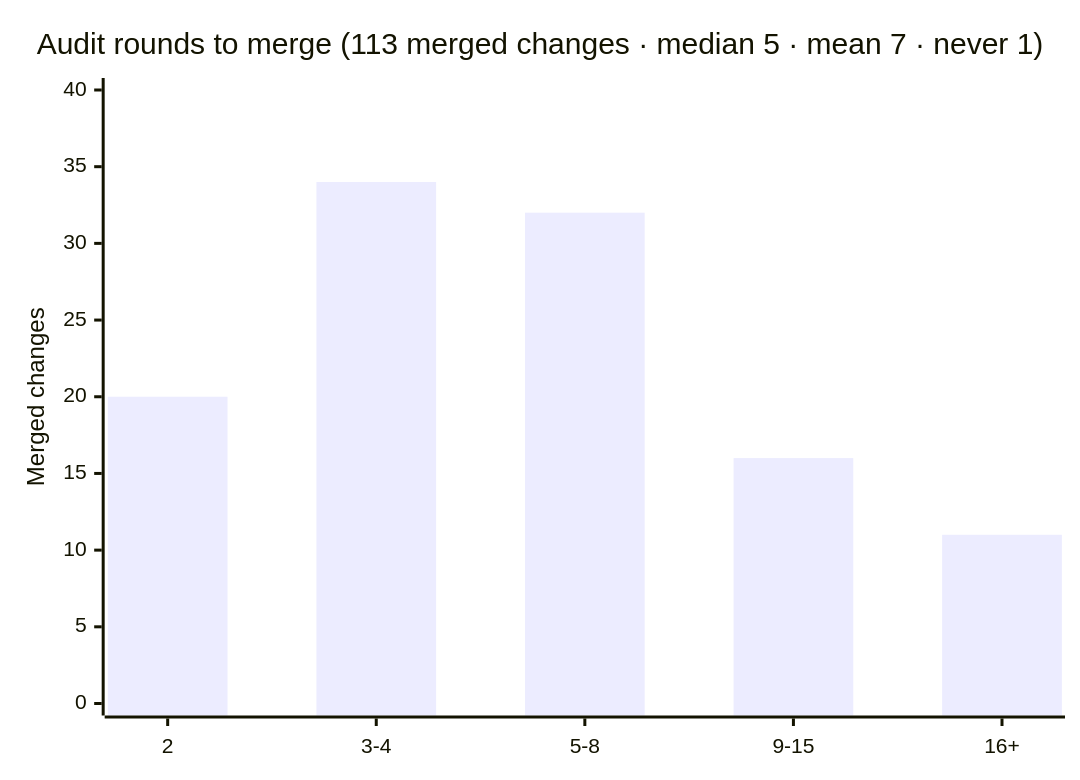
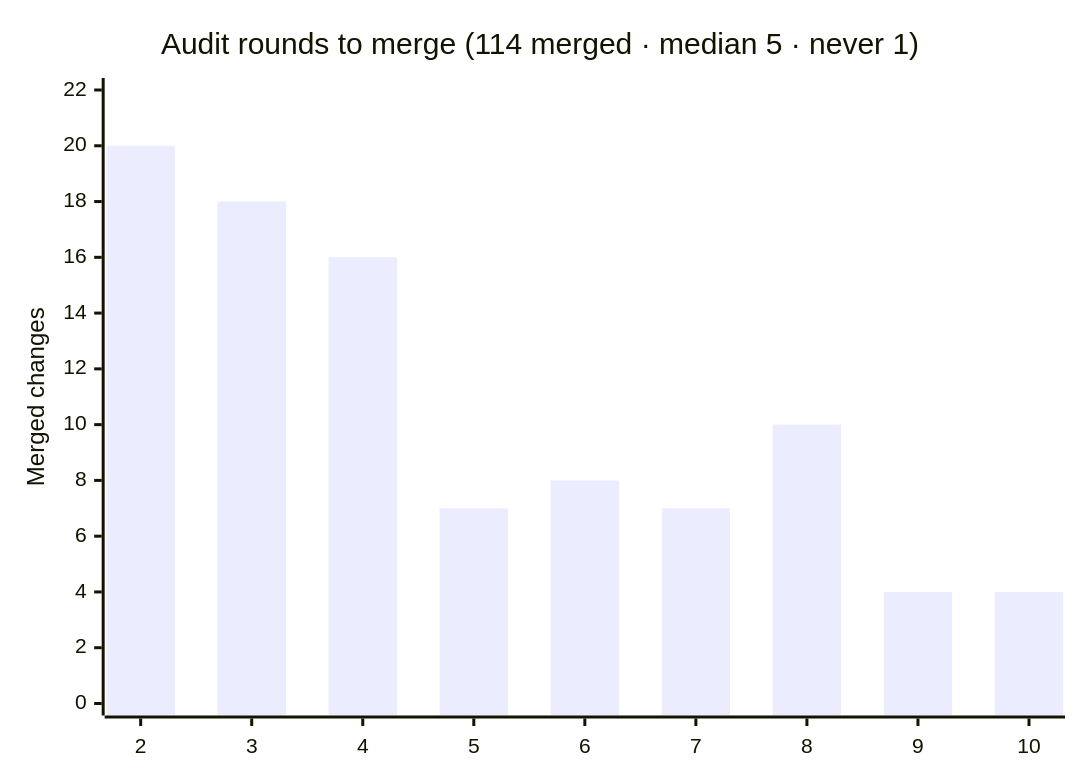
The second of 3 diagrams in README.md (AdamFrisby/CodeyBox), drawn with Mermaid before and after one commit. The commit also changed other lines of this file, not shown here.

First line of the commit message:
docs(README): add optional Plan phase to How-it-works; fix rounds chart binning

````diff
--- a/README.md
+++ b/README.md
@@ -195,7 +199,7 @@
 ```mermaid
 xychart-beta
-    title "Audit rounds to merge (113 merged changes · median 5 · mean 7 · never 1)"
-    x-axis ["2", "3-4", "5-8", "9-15", "16+"]
-    y-axis "Merged changes" 0 --> 40
-    bar [20, 34, 32, 16, 11]
+    title "Audit rounds to merge (114 merged · median 5 · never 1)"
+    x-axis [2, 3, 4, 5, 6, 7, 8, 9, 10]
+    y-axis "Merged changes" 0 --> 22
+    bar [20, 18, 16, 7, 8, 7, 10, 4, 4]
 ```
````
